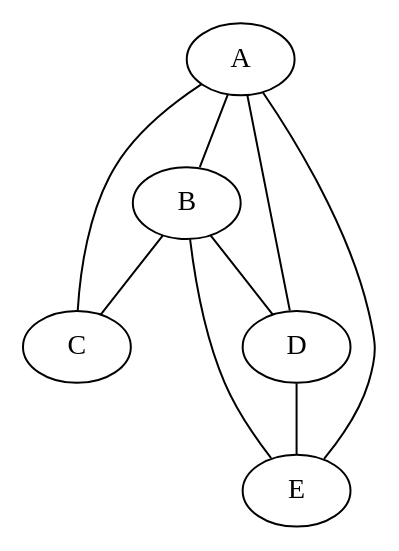
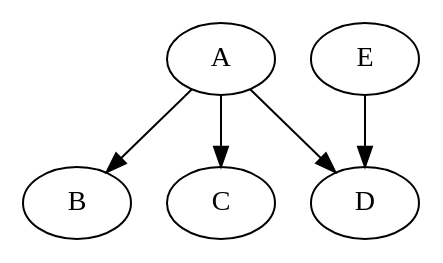
The diagram in grafos/arquivos/arquivo2.dot (lucasszanotelli/TPA), drawn with Graphviz before and after one commit. The commit also changed 10 other files, not shown here.

```diff
--- a/grafos/arquivos/arquivo2.dot
+++ b/grafos/arquivos/arquivo2.dot
@@ -1,15 +1,11 @@
-graph G {
+digraph G {
     A;
     B;
     C;
     D;
     E;
-    A -- B;
-    A -- C;
-    A -- D;
-    A -- E;
-    B -- C;
-    B -- D;
-    B -- E;
-    D -- E;
+    A -> B;
+    A -> C;
+    A -> D;
+    E -> D;
 }
```
